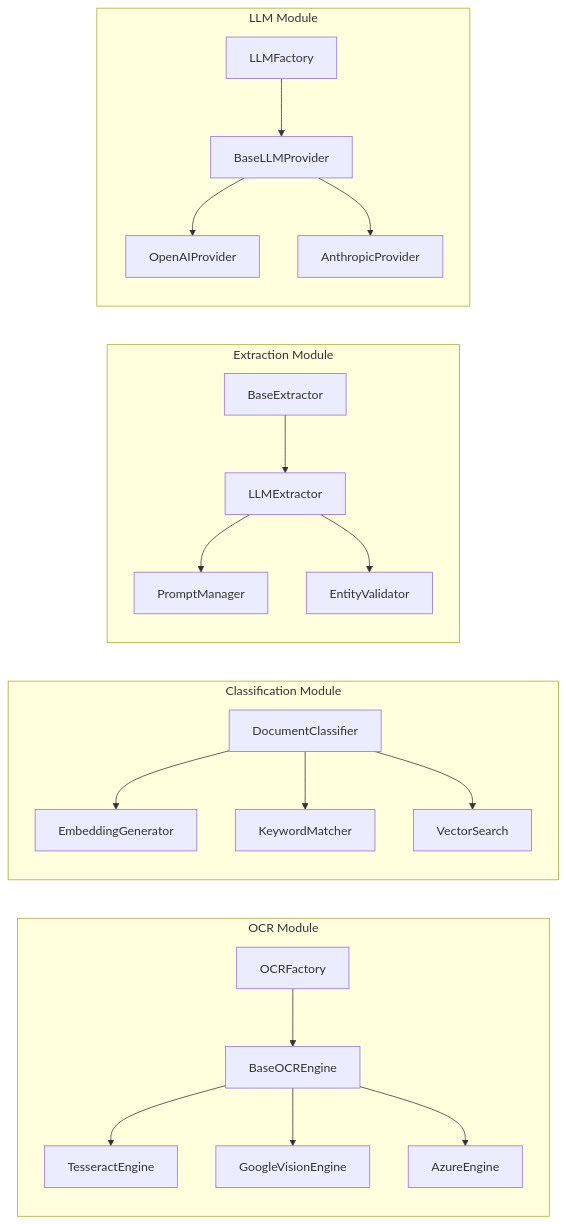
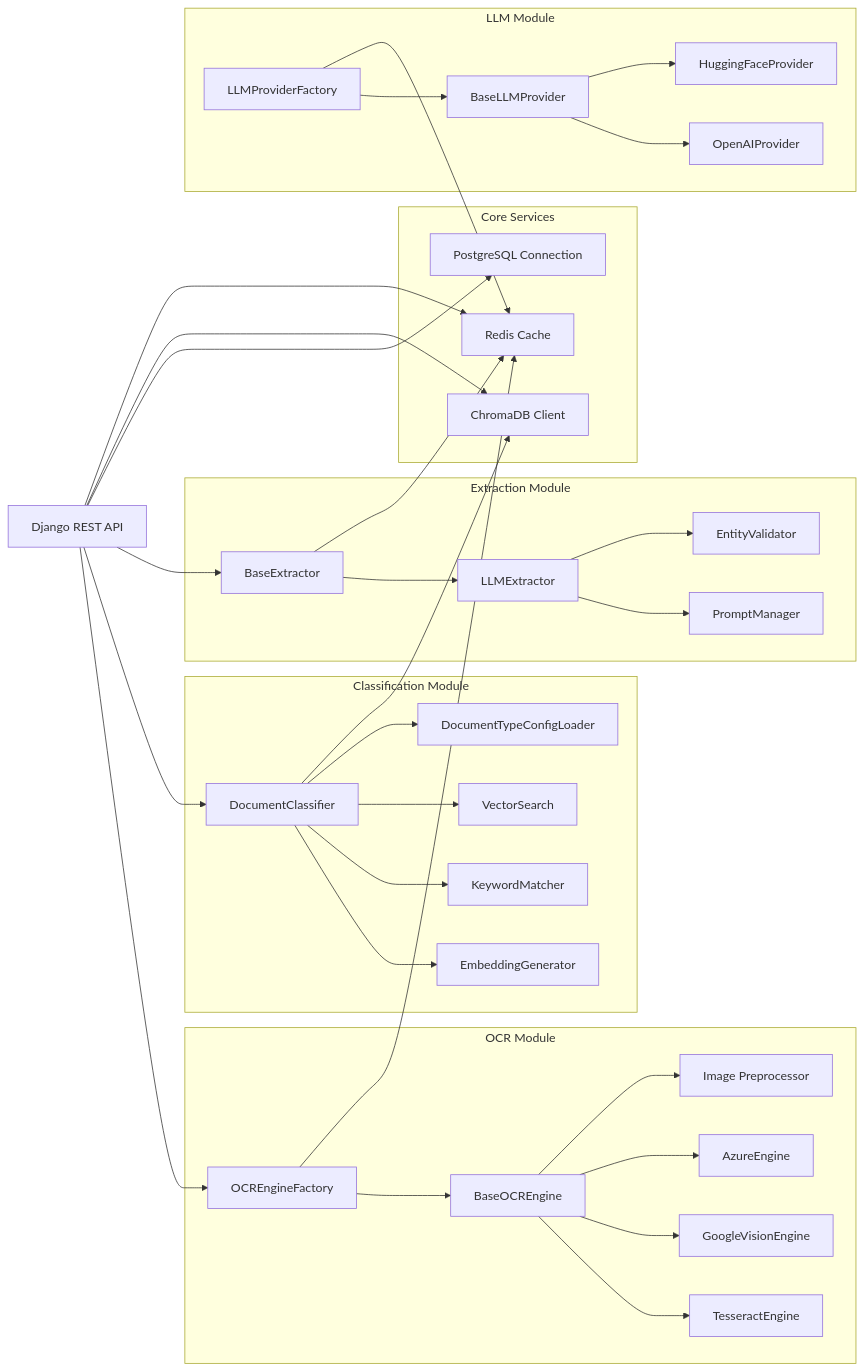
Before and after one commit to JazzzFM/DocuMind: the third of 5 diagrams in README.md, drawn with Mermaid. The commit also changed other lines of this file and 5029 other files, not shown here.

````diff
--- a/README.md
+++ b/README.md
@@ -143,48 +161,69 @@
 ```mermaid
 graph LR
     subgraph "OCR Module"
         OCR_BASE[BaseOCREngine]
         TESS[TesseractEngine]
         GVIS[GoogleVisionEngine]
         AZURE[AzureEngine]
-        OCR_FACTORY[OCRFactory]
+        OCR_FACTORY[OCREngineFactory]
+        OCR_PREPROC[Image Preprocessor]
         
         OCR_BASE --> TESS
         OCR_BASE --> GVIS
         OCR_BASE --> AZURE
         OCR_FACTORY --> OCR_BASE
+        OCR_BASE --> OCR_PREPROC
     end
     
     subgraph "Classification Module"
         CLASS_BASE[DocumentClassifier]
         EMBEDDER[EmbeddingGenerator]
         KEYWORD[KeywordMatcher]
         VECTOR_SEARCH[VectorSearch]
+        DOC_CONFIG[DocumentTypeConfigLoader]
         
         CLASS_BASE --> EMBEDDER
         CLASS_BASE --> KEYWORD
         CLASS_BASE --> VECTOR_SEARCH
+        CLASS_BASE --> DOC_CONFIG
     end
     
     subgraph "Extraction Module"
         EXT_BASE[BaseExtractor]
         LLM_EXT[LLMExtractor]
         PROMPT_MGR[PromptManager]
         VALIDATOR[EntityValidator]
         
         EXT_BASE --> LLM_EXT
         LLM_EXT --> PROMPT_MGR
         LLM_EXT --> VALIDATOR
     end
     
     subgraph "LLM Module"
         LLM_BASE[BaseLLMProvider]
         OPENAI[OpenAIProvider]
-        ANTHROPIC[AnthropicProvider]
-        LLM_FACTORY[LLMFactory]
+        HUGGINGFACE[HuggingFaceProvider]
+        LLM_FACTORY[LLMProviderFactory]
         
         LLM_BASE --> OPENAI
-        LLM_BASE --> ANTHROPIC
+        LLM_BASE --> HUGGINGFACE
         LLM_FACTORY --> LLM_BASE
     end
+
+    subgraph "Core Services"
+        CACHE[Redis Cache]
+        CHROMA[ChromaDB Client]
+        DB_CONN[PostgreSQL Connection]
+    end
+
+    OCR_FACTORY --> CACHE
+    CLASS_BASE --> CHROMA
+    EXT_BASE --> CACHE
+    LLM_FACTORY --> CACHE
+    API_LAYER[Django REST API] --> OCR_FACTORY
+    API_LAYER --> CLASS_BASE
+    API_LAYER --> EXT_BASE
+    API_LAYER --> DB_CONN
+    API_LAYER --> CHROMA
+    API_LAYER --> CACHE
 ```
````
